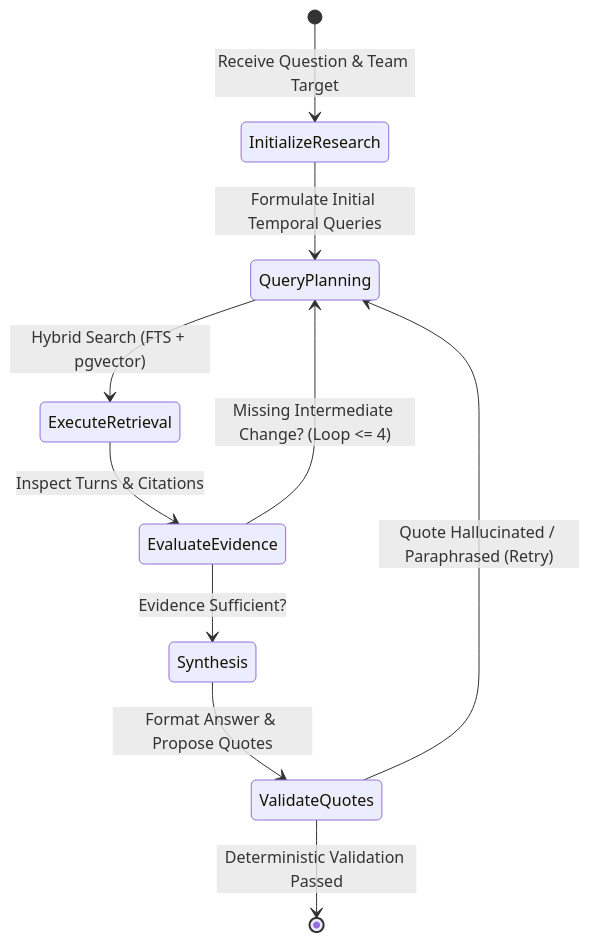
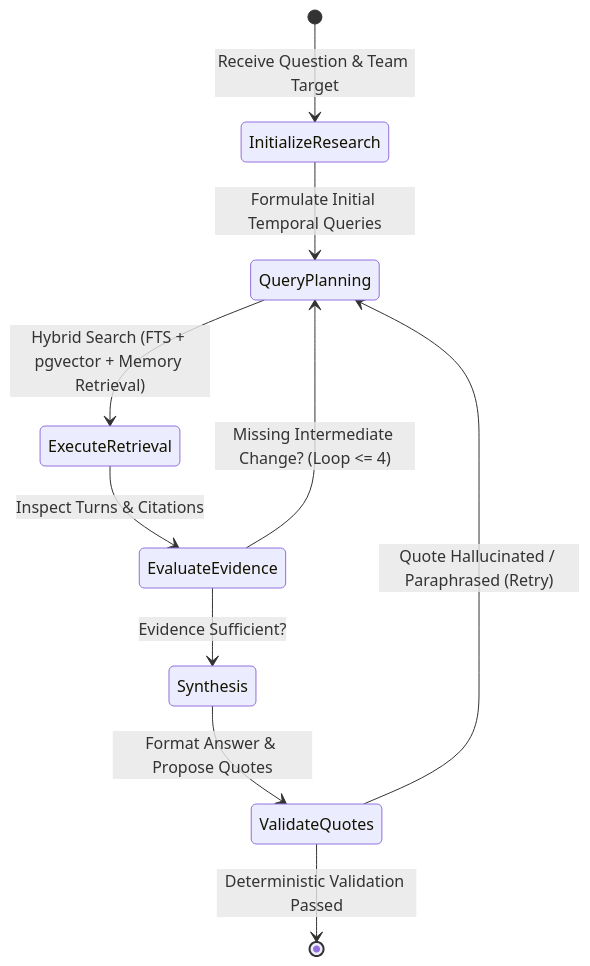
One commit to Zukhruf-khattak/CatalystMediaProject changed the diagram in docs/04_RETRIEVAL_AND_AGENT_DESIGN.md. Above: the diagram before and after it, drawn with Mermaid. The commit also changed other lines of this file and 35 other files, not shown here.

````diff
--- a/docs/04_RETRIEVAL_AND_AGENT_DESIGN.md
+++ b/docs/04_RETRIEVAL_AND_AGENT_DESIGN.md
@@ -26,12 +38,12 @@
 ```mermaid
 stateDiagram-v2
     [*] --> InitializeResearch: Receive Question & Team Target
     InitializeResearch --> QueryPlanning: Formulate Initial Temporal Queries
-    QueryPlanning --> ExecuteRetrieval: Hybrid Search (FTS + pgvector)
+    QueryPlanning --> ExecuteRetrieval: Hybrid Search (FTS + pgvector + Memory Retrieval)
     ExecuteRetrieval --> EvaluateEvidence: Inspect Turns & Citations
     EvaluateEvidence --> Synthesis: Evidence Sufficient?
     EvaluateEvidence --> QueryPlanning: Missing Intermediate Change? (Loop <= 4)
     Synthesis --> ValidateQuotes: Format Answer & Propose Quotes
     ValidateQuotes --> [*]: Deterministic Validation Passed
     ValidateQuotes --> QueryPlanning: Quote Hallucinated / Paraphrased (Retry)
 ```
````
